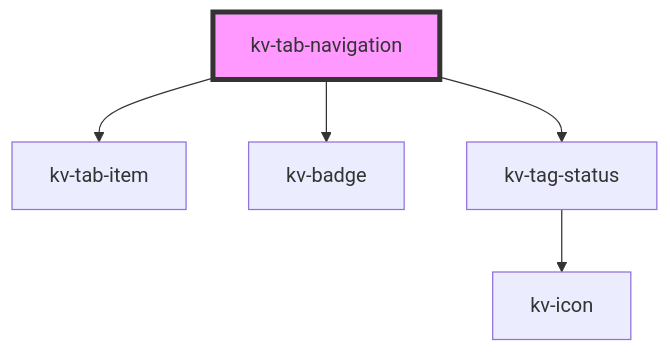
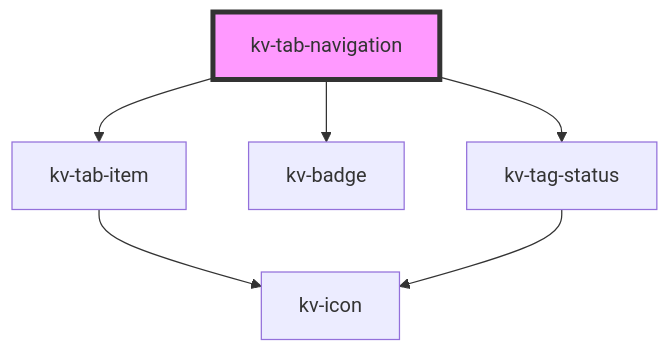
Before and after one commit to kelvininc/ui-components: the diagram in packages/ui-components/src/components/tab-navigation/readme.md, drawn with Mermaid. The commit also changed 20 other files, not shown here.

First line of the commit message:
feat(tab-item): add icon support to secondary tab items

````diff
--- a/packages/ui-components/src/components/tab-navigation/readme.md
+++ b/packages/ui-components/src/components/tab-navigation/readme.md
@@ -67,8 +67,9 @@
 ```mermaid
 graph TD;
   kv-tab-navigation --> kv-tab-item
   kv-tab-navigation --> kv-badge
   kv-tab-navigation --> kv-tag-status
+  kv-tab-item --> kv-icon
   kv-tag-status --> kv-icon
   style kv-tab-navigation fill:#f9f,stroke:#333,stroke-width:4px
 ```
````
